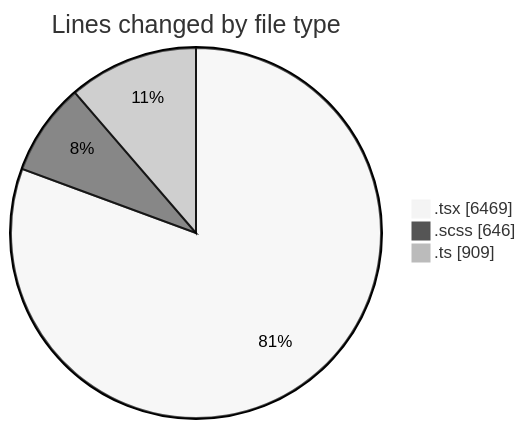
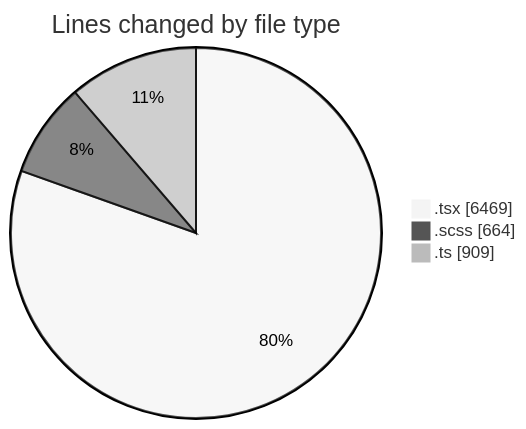
The first of 2 diagrams in 2026-05-01/cda/README.md (momahboobian/code-tracking), drawn with Mermaid (neutral theme) before and after one commit. The commit also changed other lines of this file and 1 other file, not shown here.

````diff
--- a/2026-05-01/cda/README.md
+++ b/2026-05-01/cda/README.md
@@ -63,7 +63,7 @@
 ```mermaid
 pie showData
 title Lines changed by file type
 ".tsx" : 6469
-".scss" : 646
+".scss" : 664
 ".ts" : 909
 ```
````
